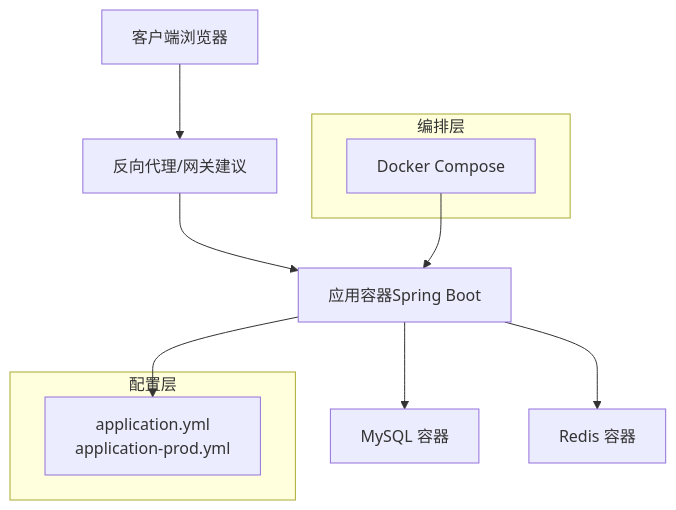
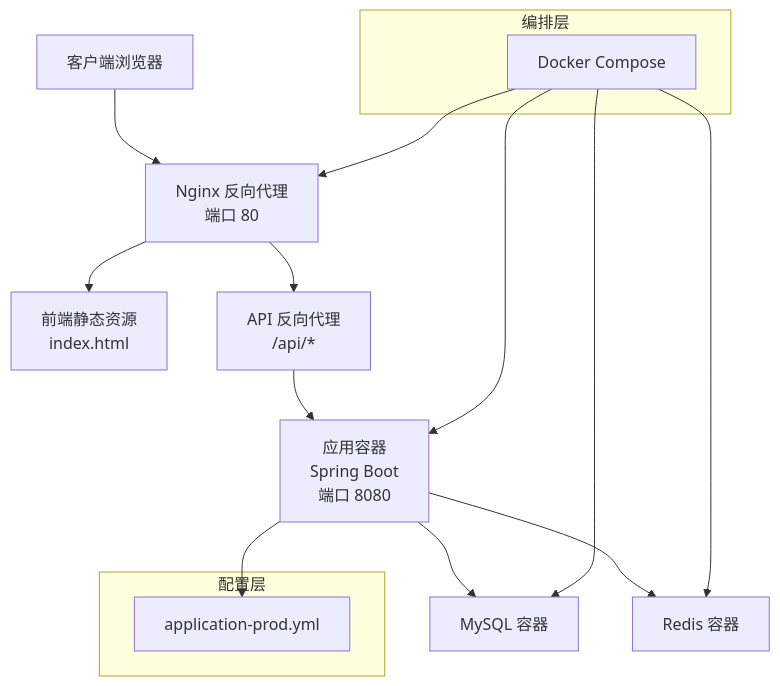
The second of 9 diagrams in .qoder/repowiki/zh/content/系统架构/部署架构.md (junjiechen66/newWorld), drawn with Mermaid before and after one commit. The commit also changed other lines of this file and 5 other files, not shown here.

````diff
--- a/.qoder/repowiki/zh/content/系统架构/部署架构.md
+++ b/.qoder/repowiki/zh/content/系统架构/部署架构.md
@@ -91,15 +117,20 @@
 ```mermaid
 graph TB
-Client["客户端浏览器"] --> RP["反向代理/网关建议"]
-RP --> APP["应用容器Spring Boot"]
+Client["客户端浏览器"] --> Nginx["Nginx 反向代理<br/>端口 80"]
+Nginx --> Frontend["前端静态资源<br/>index.html"]
+Nginx --> APIProxy["API 反向代理<br/>/api/*"]
+APIProxy --> APP["应用容器<br/>Spring Boot<br/>端口 8080"]
 APP --> DB["MySQL 容器"]
 APP --> CACHE["Redis 容器"]
 subgraph "编排层"
 DC["Docker Compose"]
 end
 subgraph "配置层"
-CFG["application.yml<br/>application-prod.yml"]
+CFG["application-prod.yml"]
 end
+DC --> Nginx
 DC --> APP
+DC --> DB
+DC --> CACHE
 APP --> CFG
 ```
````
